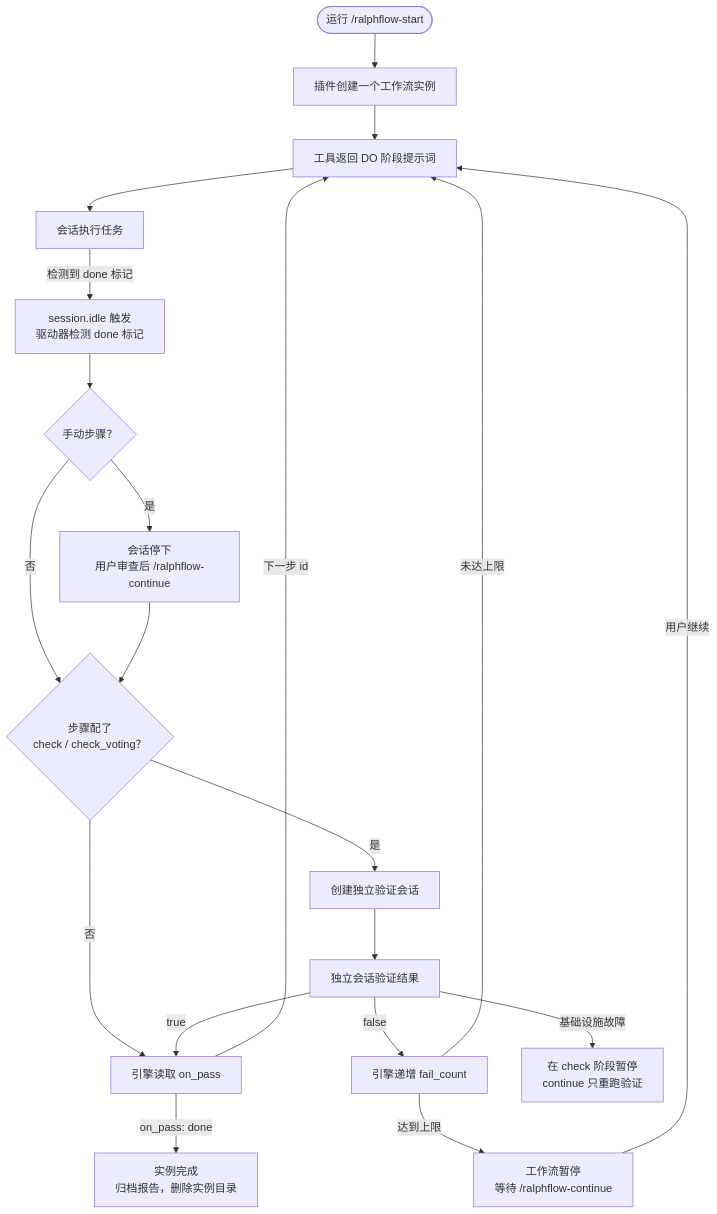
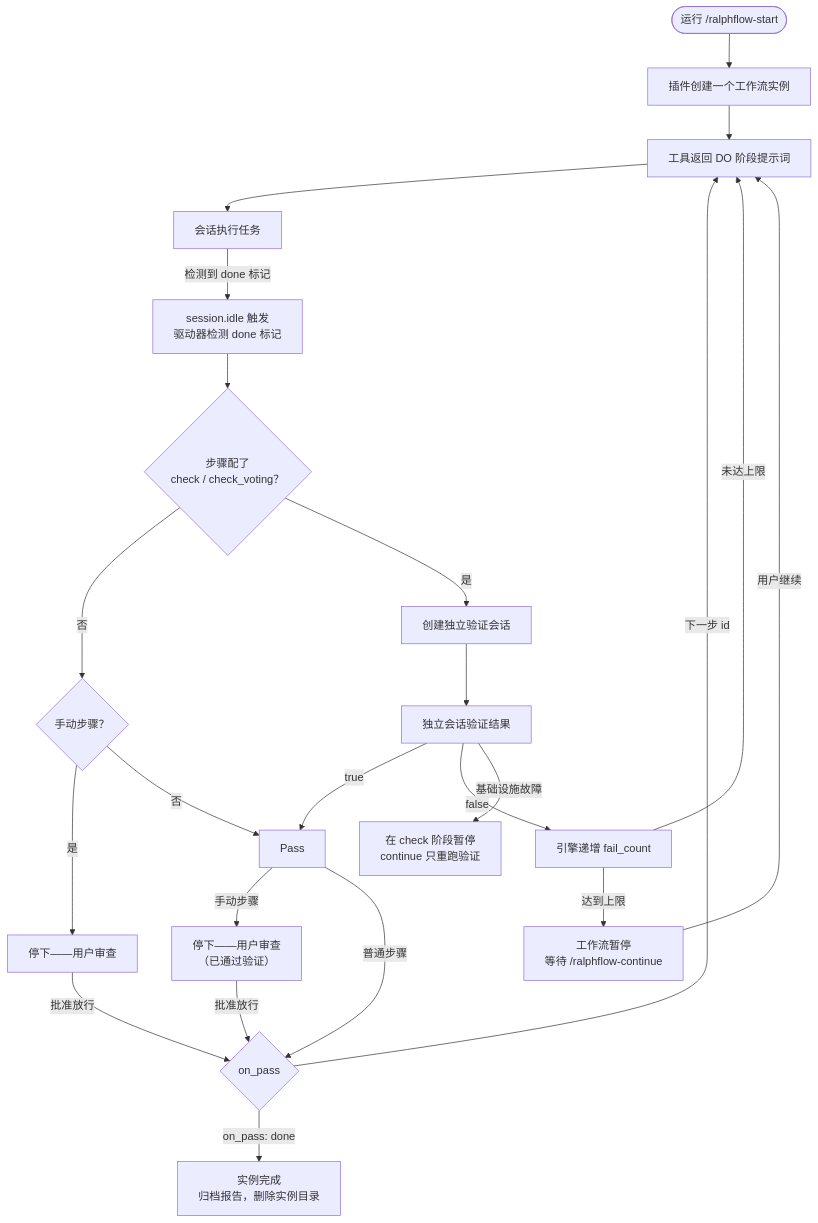
Before and after one commit to 534529531/ralph-flow: the first of 3 diagrams in docs/how-it-works.md, drawn with Mermaid. The commit also changed other lines of this file and 14 other files, not shown here.

Commit message:
v2.11.0: 手动审查门移到 CHECK 之后（先自动验证、通过后停下请人审，check 失败自动重试不打扰用户；continue 从启动验证改为放行）+ 换会话统一清理 marker 修复 + manual-gate 端到端测试 + 文档修订

````diff
--- a/docs/how-it-works.md
+++ b/docs/how-it-works.md
@@ -12,22 +12,25 @@
 ```mermaid
 flowchart TD
     Start(["运行 /ralphflow-start"]) --> State["插件创建一个工作流实例"]
     State --> DoPrompt["工具返回 DO 阶段提示词"]
     DoPrompt --> AI["会话执行任务"]
     AI -->|"检测到 done 标记"| DoneTag["session.idle 触发<br/>驱动器检测 done 标记"]
-    DoneTag --> Manual{"手动步骤？"}
-    Manual -->|"是"| Review["会话停下<br/>用户审查后 /ralphflow-continue"]
-    Manual -->|"否"| HasCheck{"步骤配了<br/>check / check_voting？"}
-    Review --> HasCheck
-    HasCheck -->|"否"| Pass
+    DoneTag --> HasCheck{"步骤配了<br/>check / check_voting？"}
+    HasCheck -->|"否"| Manual2{"手动步骤？"}
     HasCheck -->|"是"| CheckPrompt["创建独立验证会话"]
     CheckPrompt --> AICheck["独立会话验证结果"]
-    AICheck -->|"true"| Pass["引擎读取 on_pass"]
+    AICheck -->|"true"| Pass
     AICheck -->|"false"| Fail["引擎递增 fail_count"]
     AICheck -->|"基础设施故障"| Infra["在 check 阶段暂停<br/>continue 只重跑验证"]
-    Pass -->|"on_pass: done"| Complete["实例完成<br/>归档报告，删除实例目录"]
-    Pass -->|"下一步 id"| DoPrompt
+    Manual2 -->|"是"| Review2["停下——用户审查"]
+    Manual2 -->|"否"| Pass
+    Pass -->|"手动步骤"| Review["停下——用户审查<br/>（已通过验证）"]
+    Review -->|"批准放行"| Next{"on_pass"}
+    Review2 -->|"批准放行"| Next
+    Pass -->|"普通步骤"| Next
+    Next -->|"on_pass: done"| Complete["实例完成<br/>归档报告，删除实例目录"]
+    Next -->|"下一步 id"| DoPrompt
     Fail -->|"未达上限"| DoPrompt
     Fail -->|"达到上限"| Pause["工作流暂停<br/>等待 /ralphflow-continue"]
     Pause -->|用户继续| DoPrompt
 ```
````
